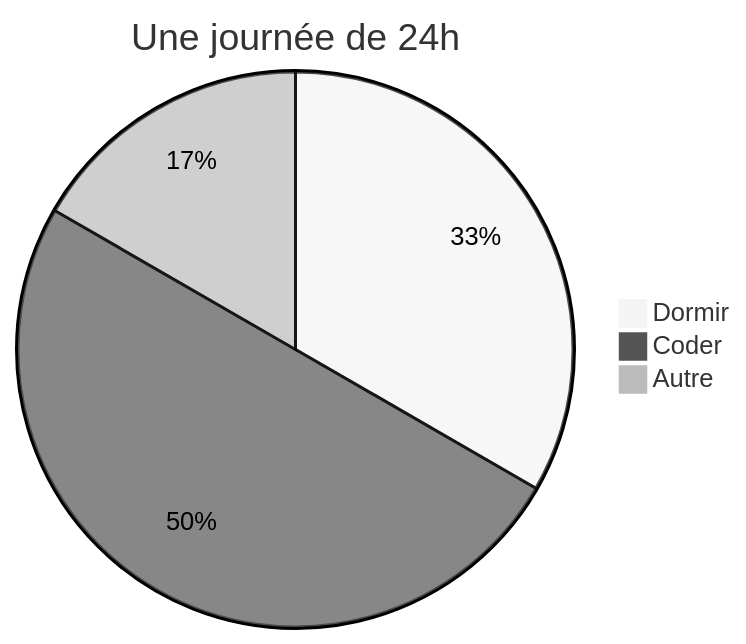
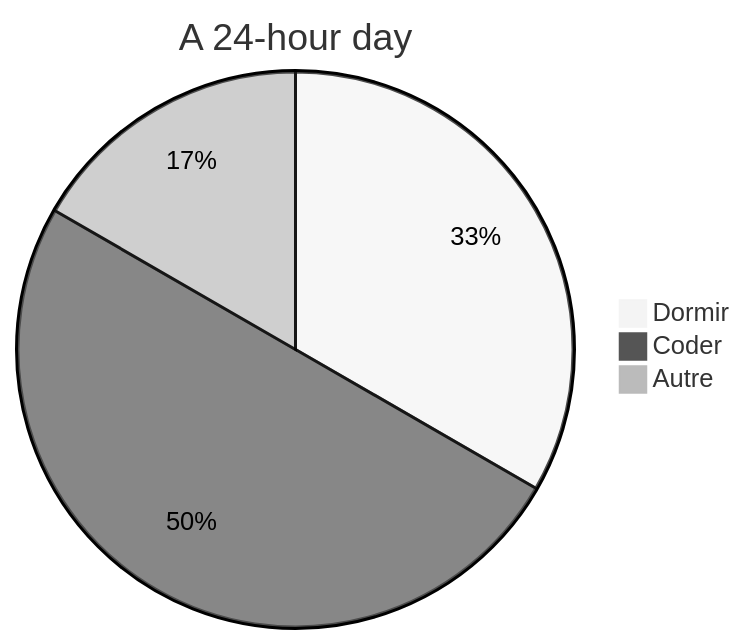
One commit to tom-tamen/tom-tamen changed the diagram in README.md. Above: the diagram before and after it, drawn with Mermaid (neutral theme). The commit also changed other lines of this file, not shown here.

````diff
--- a/README.md
+++ b/README.md
@@ -27,6 +63,6 @@
 ```mermaid
-pie title Une journée de 24h
+pie title A 24-hour day
     "Dormir" : 8
     "Coder" : 12
     "Autre" : 4
 ```
````
